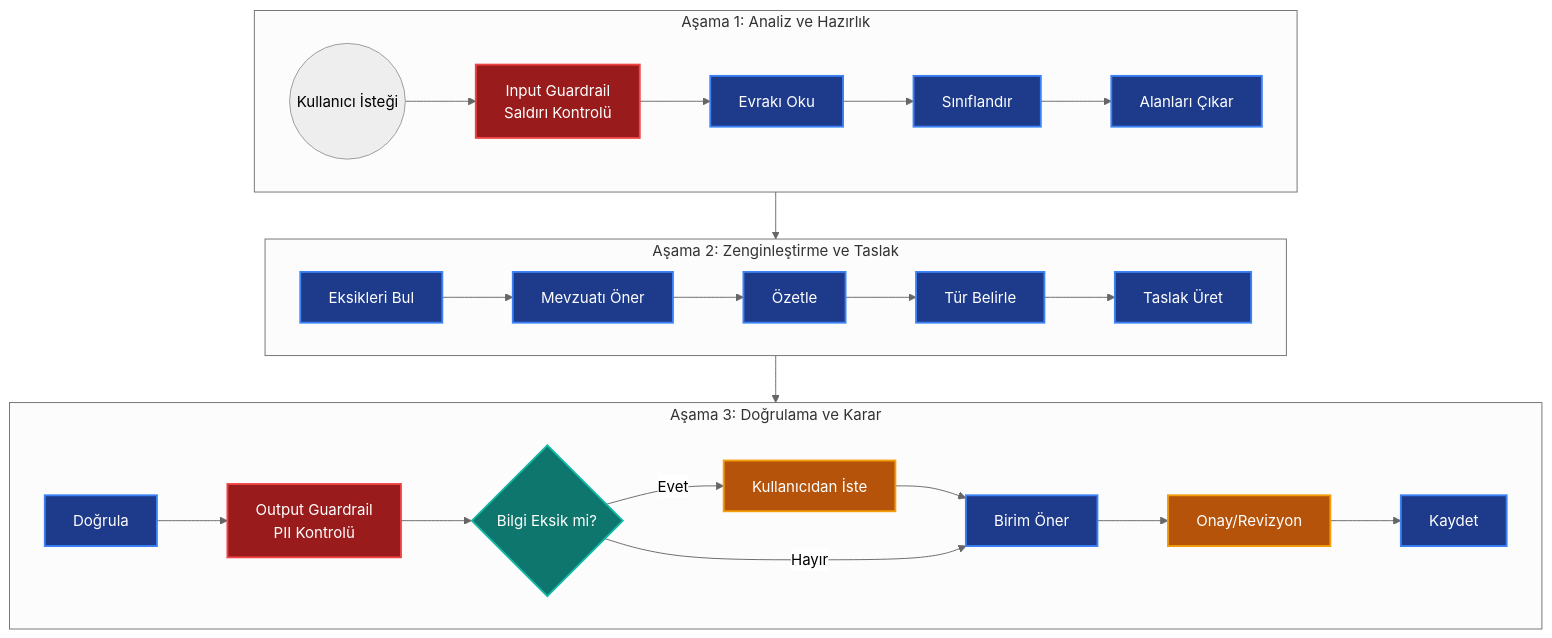
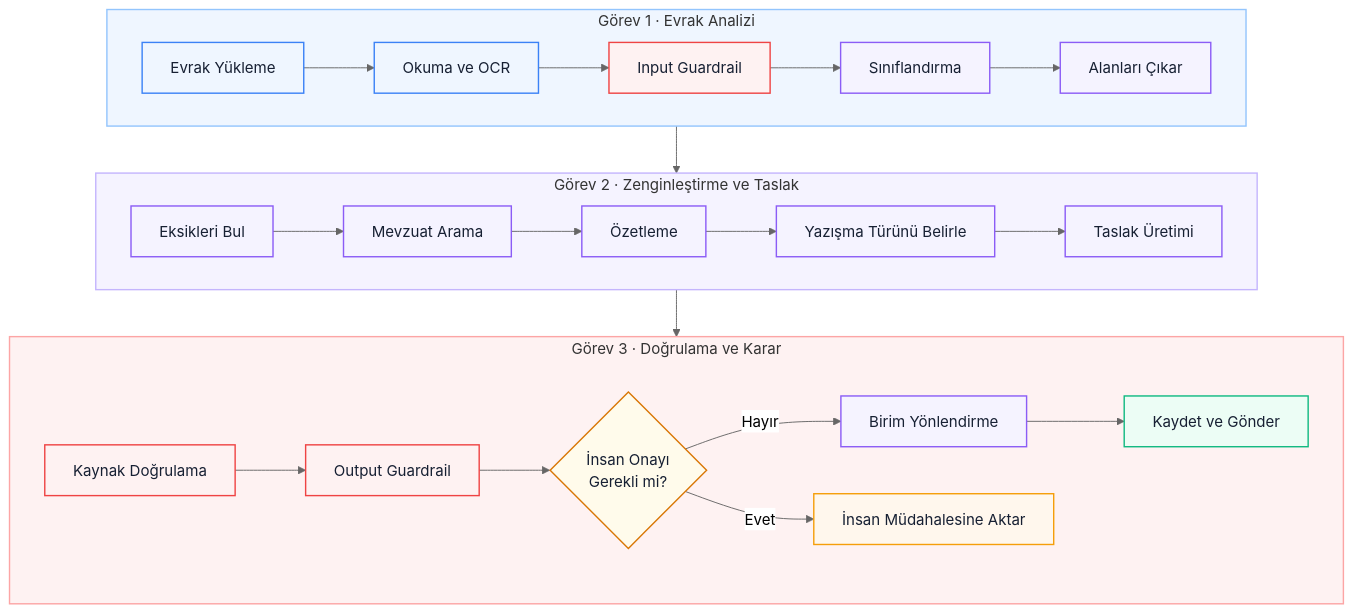
Before and after one commit to chyp3r/KACHOW-Teknofest-2026: the first of 9 diagrams in README.md, drawn with Mermaid (neutral theme). The commit also changed other lines of this file, not shown here.

Commit message:
update(readme): update the readme with better descriptions and diagrams

````diff
--- a/README.md
+++ b/README.md
@@ -95,28 +45,57 @@
 ```mermaid
-flowchart TD
-    classDef step fill:#1e3a8a,stroke:#3b82f6,stroke-width:2px,color:#fff;
-    classDef decision fill:#0f766e,stroke:#14b8a6,stroke-width:2px,color:#fff;
-    classDef human fill:#b45309,stroke:#f59e0b,stroke-width:2px,color:#fff;
-    classDef guard fill:#991b1b,stroke:#ef4444,stroke-width:2px,color:#fff;
+flowchart TB
 
-    subgraph Asama1 [Aşama 1: Analiz ve Hazırlık]
+    classDef step fill:#F5F3FF,stroke:#8B5CF6,stroke-width:1.5px,color:#172033;
+    classDef input fill:#EFF6FF,stroke:#3B82F6,stroke-width:1.5px,color:#172033;
+    classDef guard fill:#FEF2F2,stroke:#EF4444,stroke-width:1.5px,color:#172033;
+    classDef human fill:#FFF7ED,stroke:#F59E0B,stroke-width:1.5px,color:#172033;
+    classDef decision fill:#FFFBEB,stroke:#D97706,stroke-width:1.5px,color:#172033;
+    classDef done fill:#ECFDF5,stroke:#10B981,stroke-width:1.5px,color:#172033;
+
+    subgraph TASK1["Görev 1 · Evrak Analizi"]
         direction LR
-        START((Kullanıcı İsteği)) --> IN[Input Guardrail<br/>Saldırı Kontrolü]:::guard --> A[Evrakı Oku]:::step --> B[Sınıflandır]:::step --> C[Alanları Çıkar]:::step
-    end
-    
-    subgraph Asama2 [Aşama 2: Zenginleştirme ve Taslak]
-        direction LR
-        D[Eksikleri Bul]:::step --> E[Mevzuatı Öner]:::step --> F[Özetle]:::step --> G[Tür Belirle]:::step --> H[Taslak Üret]:::step
+
+        A[Evrak Yükleme]:::input
+        B[Okuma ve OCR]:::input
+        C[Input Guardrail]:::guard
+        D[Sınıflandırma]:::step
+        E[Alanları Çıkar]:::step
+
+        A --> B --> C --> D --> E
     end
 
-    subgraph Asama3 [Aşama 3: Doğrulama ve Karar]
+    subgraph TASK2["Görev 2 · Zenginleştirme ve Taslak"]
         direction LR
-        I[Doğrula]:::step --> OUT[Output Guardrail<br/>PII Kontrolü]:::guard --> J{Bilgi Eksik mi?}:::decision
-        J -- Evet --> K[Kullanıcıdan İste]:::human --> L[Birim Öner]:::step
-        J -- Hayır --> L
-        L --> M[Onay/Revizyon]:::human --> N[Kaydet]:::step
+
+        F[Eksikleri Bul]:::step
+        G[Mevzuat Arama]:::step
+        H[Özetleme]:::step
+        I[Yazışma Türünü Belirle]:::step
+        J[Taslak Üretimi]:::step
+
+        F --> G --> H --> I --> J
     end
 
-    C --> D
-    H --> I
+    subgraph TASK3["Görev 3 · Doğrulama ve Karar"]
+        direction LR
+
+        K[Kaynak Doğrulama]:::guard
+        L[Output Guardrail]:::guard
+        M{İnsan Onayı<br/>Gerekli mi?}:::decision
+        N[Birim Yönlendirme]:::step
+        O[Kaydet ve Gönder]:::done
+        P[İnsan Müdahalesine Aktar]:::human
+
+        K --> L --> M
+        M -->|Hayır| N --> O
+        M -->|Evet| P
+    end
+
+    TASK1 --> TASK2
+    TASK2 --> TASK3
+
+    style TASK1 fill:#EFF6FF,stroke:#93C5FD,stroke-width:1.5px
+    style TASK2 fill:#F5F3FF,stroke:#C4B5FD,stroke-width:1.5px
+    style TASK3 fill:#FEF2F2,stroke:#FCA5A5,stroke-width:1.5px
+
 ```
````
